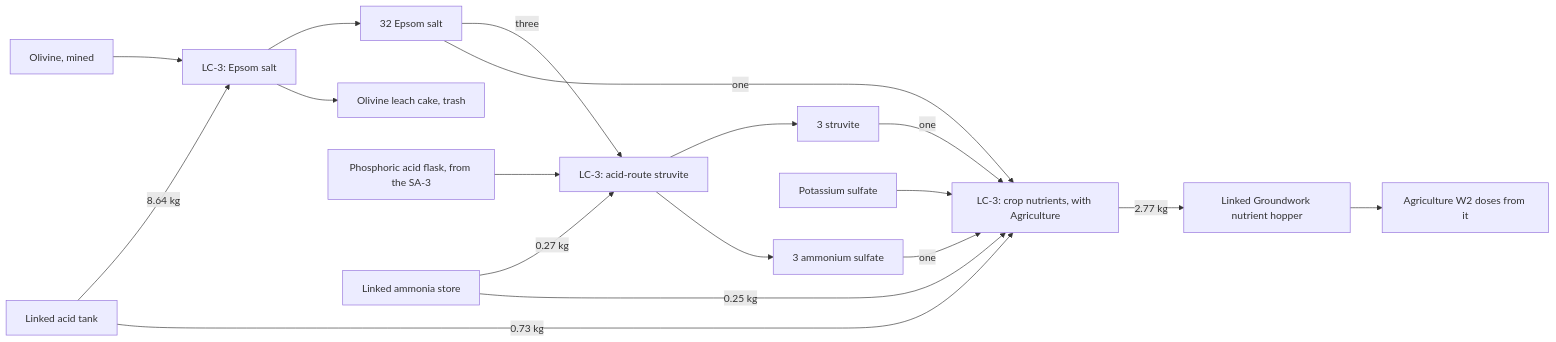
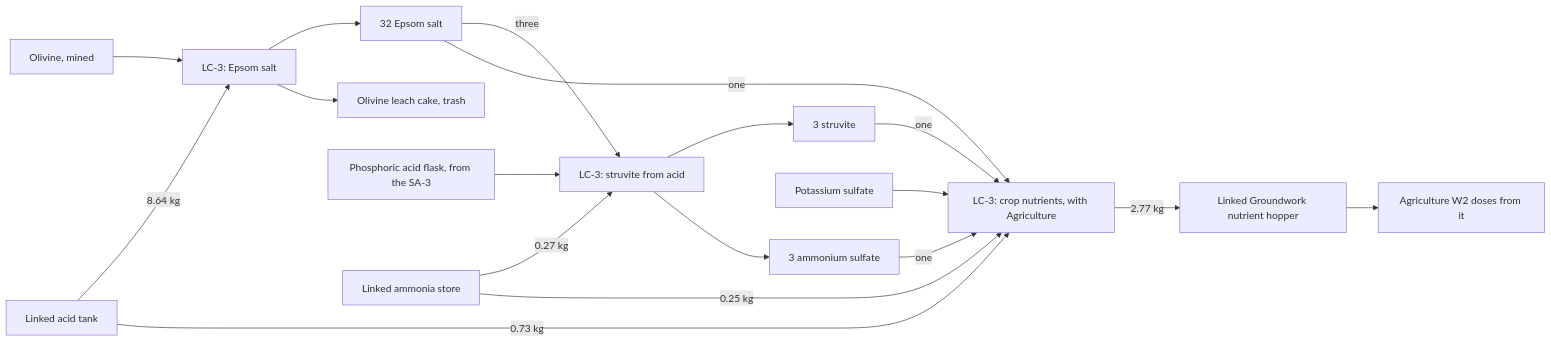
Before and after one commit to phobos-dthorga/phobos-ostranauts: the sixth of 7 diagrams in docs/manufacturing-player-guide.md, drawn with Mermaid. The commit also changed other lines of this file and 46 other files, not shown here.

````diff
--- a/docs/manufacturing-player-guide.md
+++ b/docs/manufacturing-player-guide.md
@@ -399,20 +399,20 @@
 ```mermaid
 flowchart LR
     Olivine["Olivine, mined"] --> Ep["LC-3: Epsom salt"]
     Acid["Linked acid tank"] -->|8.64 kg| Ep
     Ep --> E["32 Epsom salt"]
     Ep --> OC["Olivine leach cake, trash"]
-    Flask["Phosphoric acid flask, from the SA-3"] --> AS["LC-3: acid-route struvite"]
+    Flask["Phosphoric acid flask, from the SA-3"] --> AS["LC-3: struvite from acid"]
     E -->|three| AS
     Q["Linked ammonia store"] -->|0.27 kg| AS
     AS --> S3["3 struvite"]
     AS --> A3["3 ammonium sulfate"]
     K["Potassium sulfate"] --> CN["LC-3: crop nutrients, with Agriculture"]
     S3 -->|one| CN
     E -->|one| CN
     A3 -->|one| CN
     Q -->|0.25 kg| CN
     Acid -->|0.73 kg| CN
     CN -->|2.77 kg| Hopper["Linked Groundwork nutrient hopper"]
     Hopper --> W2["Agriculture W2 doses from it"]
 ```
````
